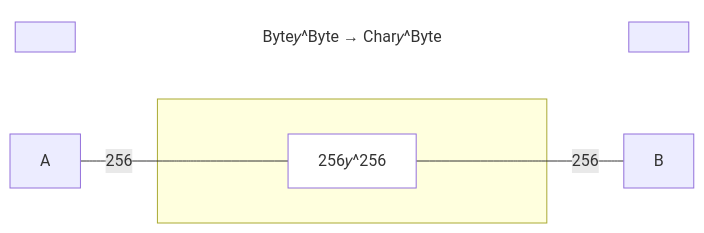
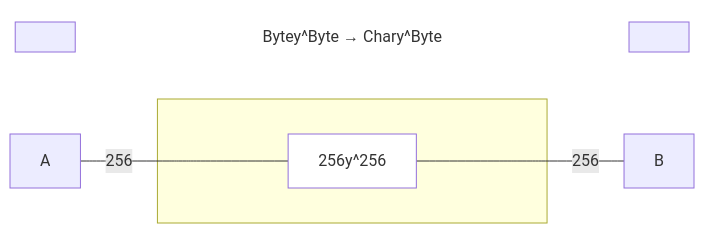
The fourth of 4 diagrams in README.md (julianpeeters/polynomial), drawn with Mermaid before and after one commit. The commit also changed other lines of this file and 1 other file, not shown here.

Commit message:
Update README for github mermaid rendering

````diff
--- a/README.md
+++ b/README.md
@@ -140,15 +140,15 @@
 ```mermaid
 graph LR;
-  TitleStart[ ]:::hidden~~~~TitleBody[Byte𝑦^Byte → Char𝑦^Byte]:::title~~~~TitleEnd[ ]:::hidden
+  TitleStart[ ]:::hidden~~~~TitleBody[Bytey^Byte → Chary^Byte]:::title~~~~TitleEnd[ ]:::hidden
   A:::hidden---|256|A2[ ]:::point
 subgraph s[ ]
   A2:::point---MermaidPMono
-  MermaidPMono[256𝑦^256]:::empty
+  MermaidPMono[256y^256]:::empty
   MermaidPMono---B2
 end
 B2[ ]:::point---|256|B:::hidden;
 
 classDef empty fill:background;
 classDef point width:0px, height:0px;
 classDef title stroke-width:0px, fill:background;
 ```
````
